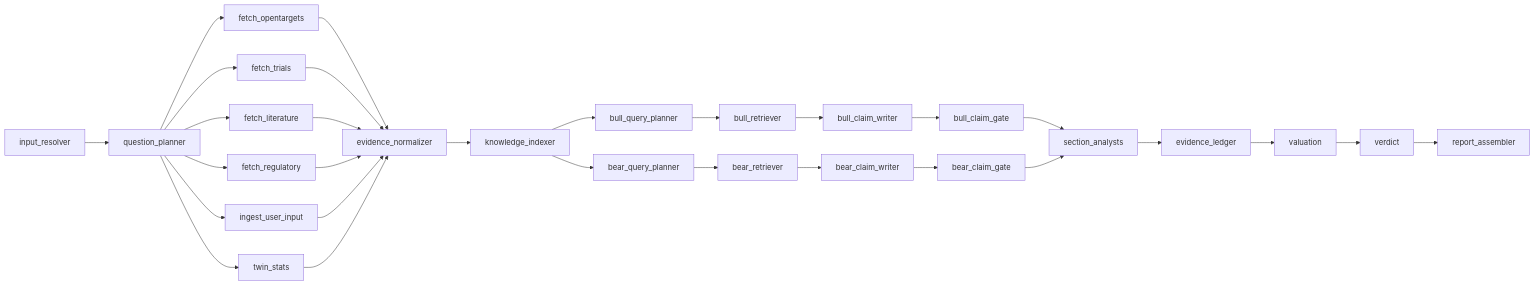
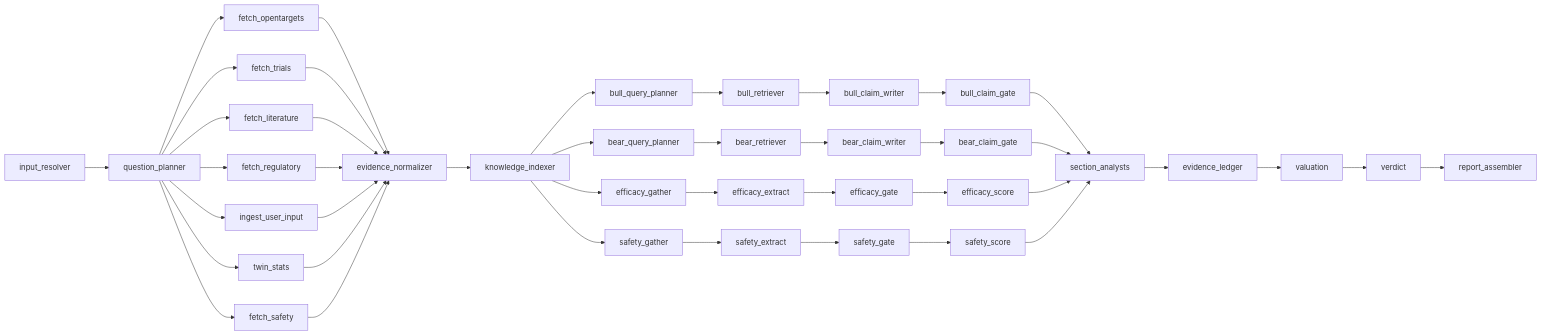
The first of 3 diagrams in docs/ARCHITECTURE.md (Mafusail2020/Secrethon2026-unobio), drawn with Mermaid before and after one commit. The commit also changed other lines of this file and 2 other files, not shown here.

First line of the commit message:
docs: plan the efficacy and safety lanes

````diff
--- a/docs/ARCHITECTURE.md
+++ b/docs/ARCHITECTURE.md
@@ -23,22 +23,28 @@
 ```mermaid
 flowchart LR
   IR[input_resolver] --> QP[question_planner]
   QP --> OT[fetch_opentargets]
   QP --> TR[fetch_trials]
   QP --> LI[fetch_literature]
   QP --> RG[fetch_regulatory]
   QP --> UI[ingest_user_input]
   QP --> TW[twin_stats]
+  QP --> SF[fetch_safety]
   OT --> EN[evidence_normalizer]
   TR --> EN
   LI --> EN
   RG --> EN
   UI --> EN
   TW --> EN
+  SF --> EN
   EN --> KI[knowledge_indexer]
   KI --> BQ[bull_query_planner] --> BR[bull_retriever] --> BW[bull_claim_writer] --> BG[bull_claim_gate]
   KI --> RQ[bear_query_planner] --> RR[bear_retriever] --> RW[bear_claim_writer] --> RGt[bear_claim_gate]
+  KI --> EGa[efficacy_gather] --> EX[efficacy_extract] --> EGt[efficacy_gate] --> ES[efficacy_score]
+  KI --> SGa[safety_gather] --> SX[safety_extract] --> SGt[safety_gate] --> SS[safety_score]
   BG --> SA[section_analysts]
   RGt --> SA
+  ES --> SA
+  SS --> SA
   SA --> EL[evidence_ledger] --> VA[valuation] --> VE[verdict] --> RA[report_assembler]
 ```
````
